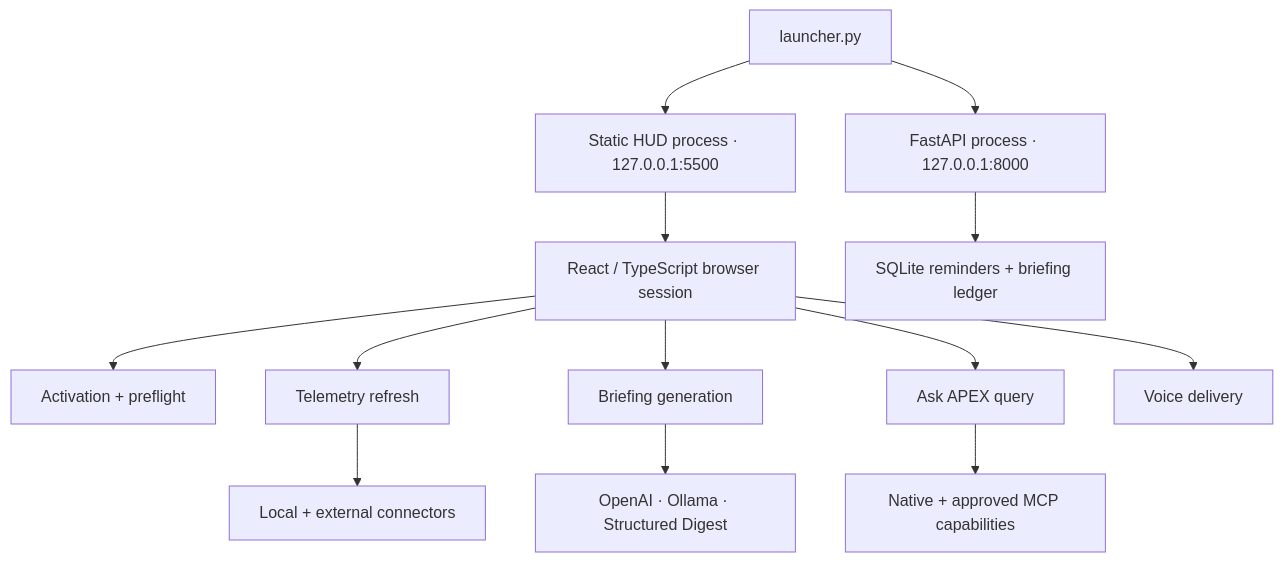
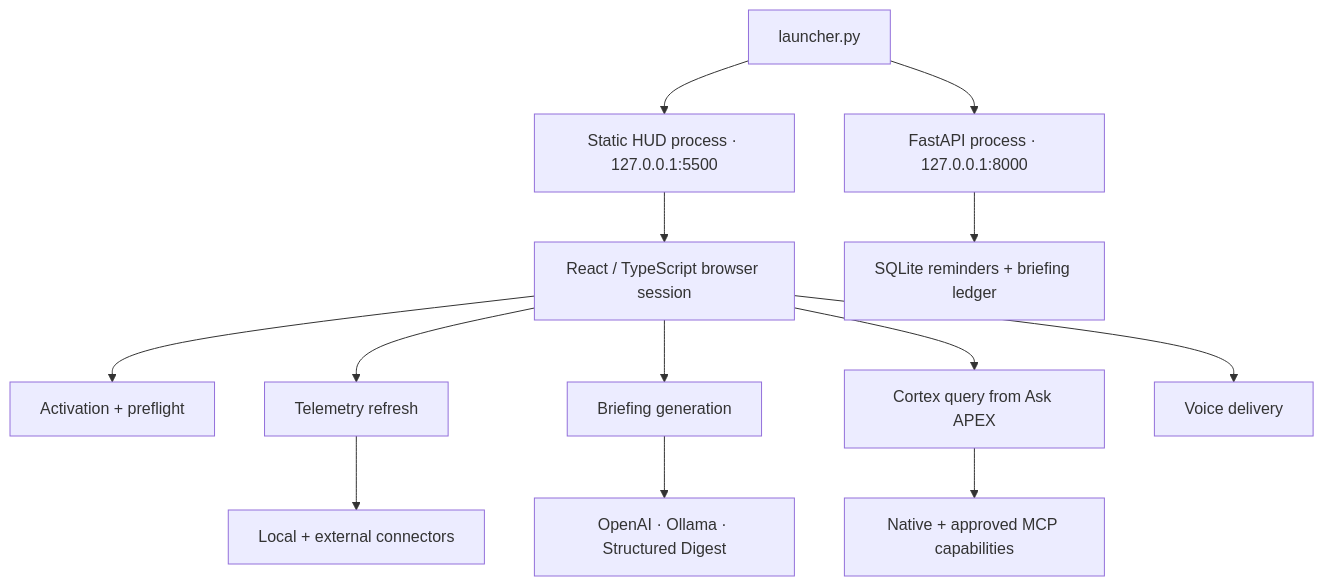
Before and after one commit to edumarcano/APEX: the diagram in docs/architecture.md, drawn with Mermaid. The commit also changed other lines of this file and 118 other files, not shown here.

First line of the commit message:
feat: rebrand profiles to Apex Agents and clarify Cortex naming hierarchy (#301)

````diff
--- a/docs/architecture.md
+++ b/docs/architecture.md
@@ -11,17 +21,17 @@
 ```mermaid
 flowchart TB
     Launcher["launcher.py"] --> API["FastAPI process · 127.0.0.1:8000"]
     Launcher --> Static["Static HUD process · 127.0.0.1:5500"]
     Static --> Browser["React / TypeScript browser session"]
 
     Browser --> Activation["Activation + preflight"]
     Browser --> Telemetry["Telemetry refresh"]
     Browser --> Briefing["Briefing generation"]
-    Browser --> Assistant["Ask APEX query"]
+    Browser --> Cortex["Cortex query from Ask APEX"]
     Browser --> Voice["Voice delivery"]
 
     Telemetry --> Connectors["Local + external connectors"]
     Briefing --> Models["OpenAI · Ollama · Structured Digest"]
-    Assistant --> Capabilities["Native + approved MCP capabilities"]
+    Cortex --> Capabilities["Native + approved MCP capabilities"]
     API --> SQLite["SQLite reminders + briefing ledger"]
 ```
````
